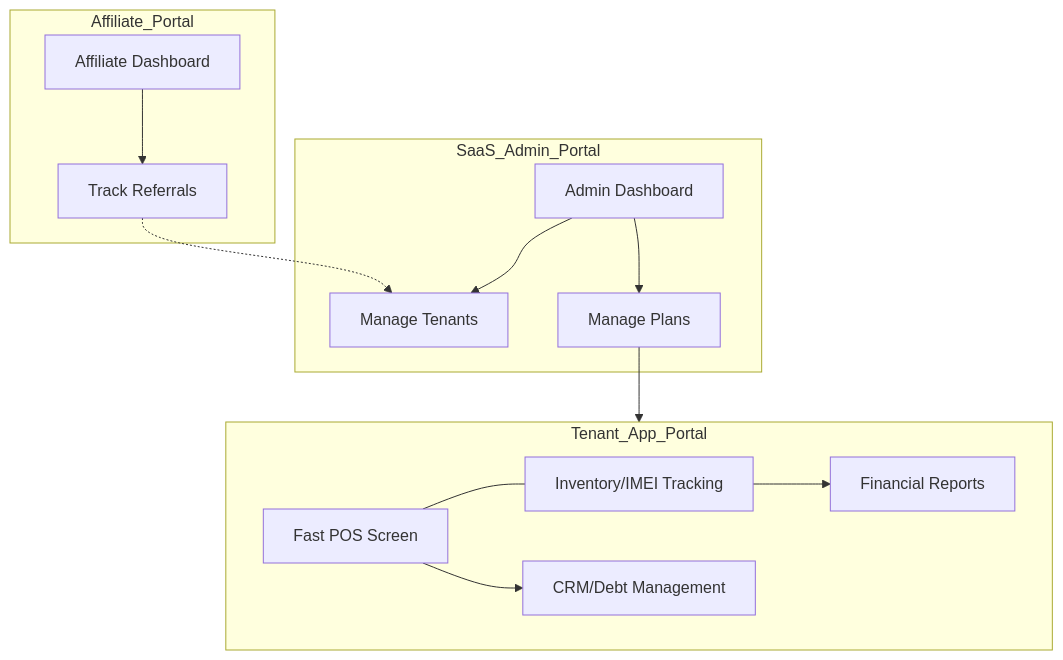
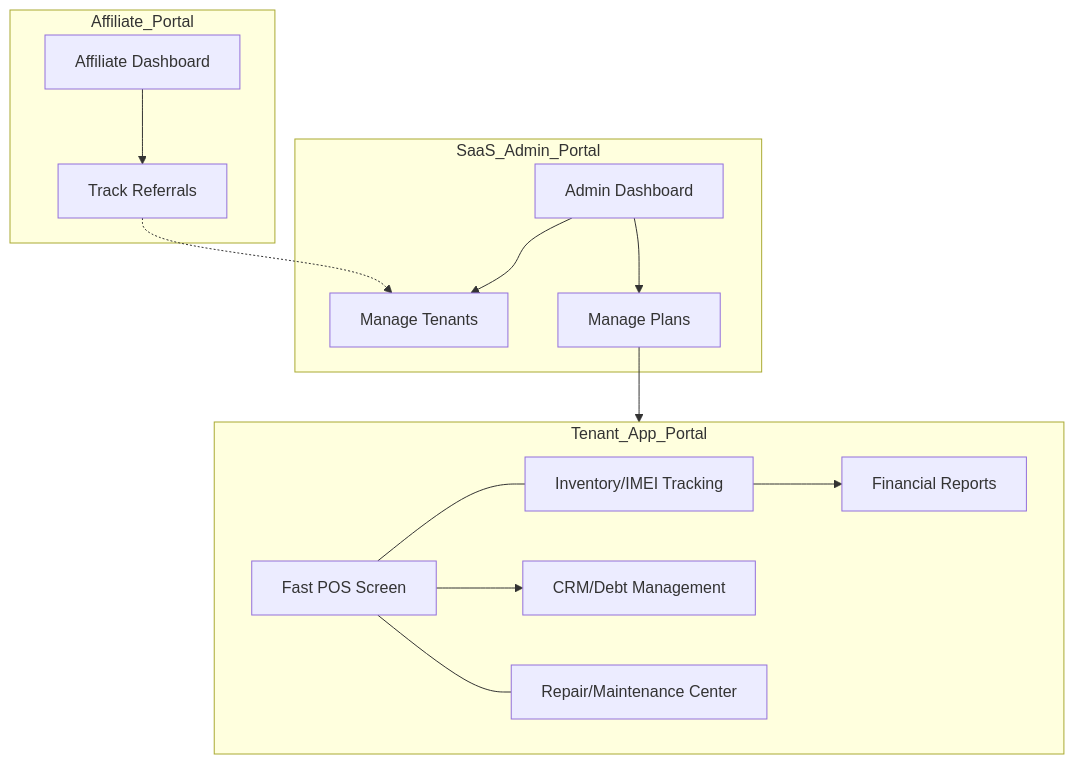
The diagram in docs/07_ux_information_architecture.md (kamalsroor1/erp-docs), drawn with Mermaid before and after one commit. The commit also changed other lines of this file, not shown here.

Commit message:
docs: add Maintenance module to information architecture

````diff
--- a/docs/07_ux_information_architecture.md
+++ b/docs/07_ux_information_architecture.md
@@ -64,20 +65,21 @@
 ```mermaid
 graph TD
     subgraph SaaS_Admin_Portal
     Admin[Admin Dashboard] --> Tenants[Manage Tenants]
     Admin --> Plans[Manage Plans]
     end
 
     subgraph Tenant_App_Portal
     POS[Fast POS Screen] --- Inv[Inventory/IMEI Tracking]
     Inv --> Reports[Financial Reports]
     POS --> Customers[CRM/Debt Management]
+    POS --- Maintenance[Repair/Maintenance Center]
     end
 
     subgraph Affiliate_Portal
     Aff[Affiliate Dashboard] --> Refs[Track Referrals]
     Refs -.-> Tenants
     end
 
     Plans --> Tenant_App_Portal
 ```
````
